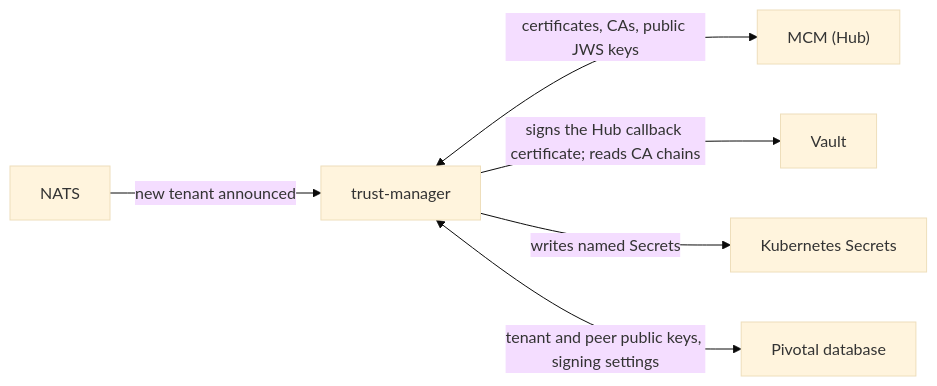
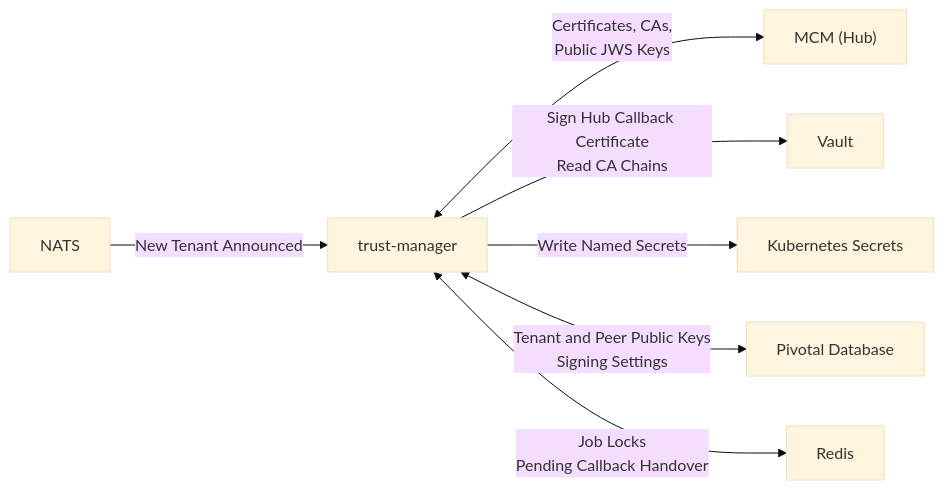
One commit to ThitsaX/pivotal changed the diagram in docs/guide/security/concepts/trust-manager.md. Above: the diagram before and after it, drawn with Mermaid (base theme). The commit also changed 3 other files, not shown here.

Commit message:
docs: make the guide diagrams match the code and keep their labels readable

````diff
--- a/docs/guide/security/concepts/trust-manager.md
+++ b/docs/guide/security/concepts/trust-manager.md
@@ -26,14 +26,17 @@
 ```mermaid
 flowchart LR
     TM["trust-manager"]
     MCM["MCM (Hub)"]
     V["Vault"]
     K["Kubernetes Secrets"]
-    DB["Pivotal database"]
+    DB["Pivotal Database"]
     N["NATS"]
-    TM <-->|"certificates, CAs, public JWS keys"| MCM
-    TM -->|"signs the Hub callback certificate; reads CA chains"| V
-    TM -->|"writes named Secrets"| K
-    TM <-->|"tenant and peer public keys, signing settings"| DB
-    N -->|"new tenant announced"| TM
+    R["Redis"]
+
+    TM <-->|"Certificates, CAs,<br/>Public JWS Keys"| MCM
+    TM -->|"Sign Hub Callback Certificate<br/>Read CA Chains"| V
+    TM -->|"Write Named Secrets"| K
+    TM <-->|"Tenant and Peer Public Keys<br/>Signing Settings"| DB
+    N -->|"New Tenant Announced"| TM
+    TM <-->|"Job Locks<br/>Pending Callback Handover"| R
 ```
````
